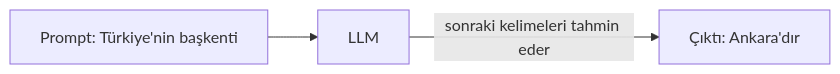
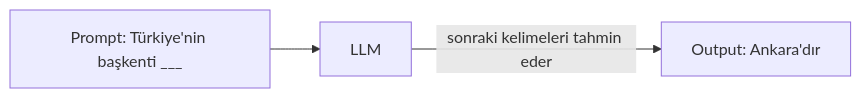
One commit to lokumai/ai-engineering-bazaar changed the first of 3 diagrams in sections/1_fundamentals/1_llms_tr.md. Above: the diagram before and after it, drawn with Mermaid. The commit also changed other lines of this file and 4 other files, not shown here.

````diff
--- a/sections/1_fundamentals/1_llms_tr.md
+++ b/sections/1_fundamentals/1_llms_tr.md
@@ -19,5 +19,5 @@
 ```mermaid
 graph LR
-    A["Prompt: Türkiye'nin başkenti"] --> B[LLM]
-    B -->|sonraki kelimeleri tahmin eder| C["Çıktı: Ankara'dır"]
+    A["Prompt: Türkiye'nin başkenti ___"] --> B[LLM]
+    B -->|sonraki kelimeleri tahmin eder| C["Output: Ankara'dır"]
 ```
````
